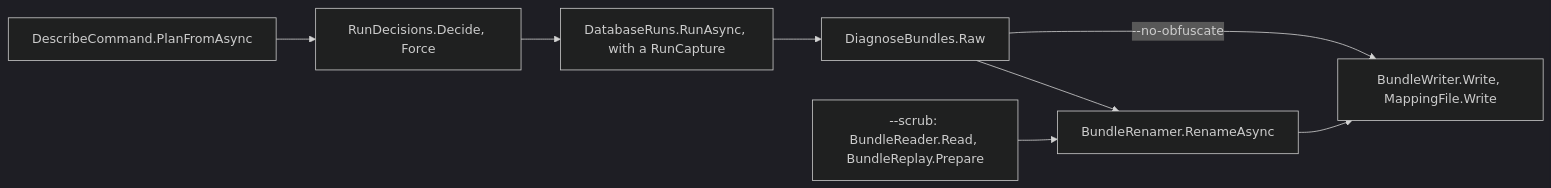
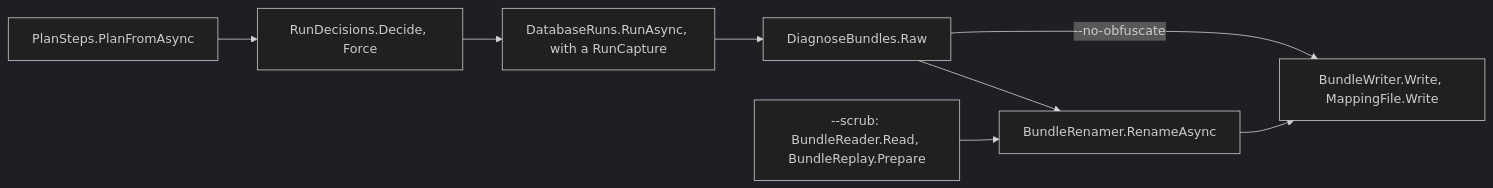
Before and after one commit to mbcrawfo/SqlSource: the second of 2 diagrams in docs/architecture/bundles.md, drawn with Mermaid (dark theme). The commit also changed other lines of this file and 11 other files, not shown here.

Commit message:
refactor(tool): the plan and connection steps leave DescribeCommand for PlanSteps (TD-0108 item 16)

````diff
--- a/docs/architecture/bundles.md
+++ b/docs/architecture/bundles.md
@@ -85,10 +85,10 @@
 ```mermaid
 flowchart LR
-    plan["DescribeCommand.PlanFromAsync"] --> decide["RunDecisions.Decide, Force"]
+    plan["PlanSteps.PlanFromAsync"] --> decide["RunDecisions.Decide, Force"]
     decide --> run["DatabaseRuns.RunAsync, with a RunCapture"]
     run --> raw["DiagnoseBundles.Raw"]
     raw -->|"--no-obfuscate"| write
     raw --> rename["BundleRenamer.RenameAsync"]
     scrub["--scrub: BundleReader.Read, BundleReplay.Prepare"] --> rename
     rename --> write["BundleWriter.Write, MappingFile.Write"]
 ```
````
